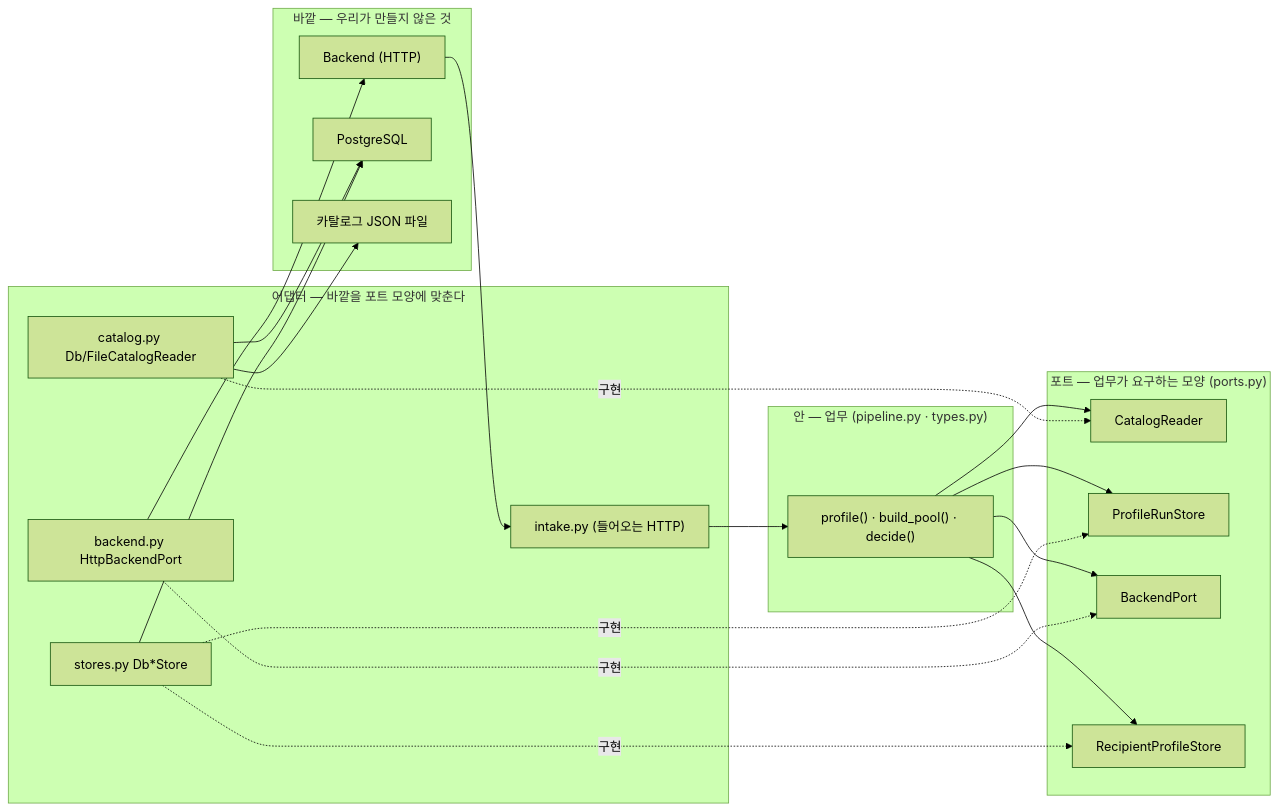
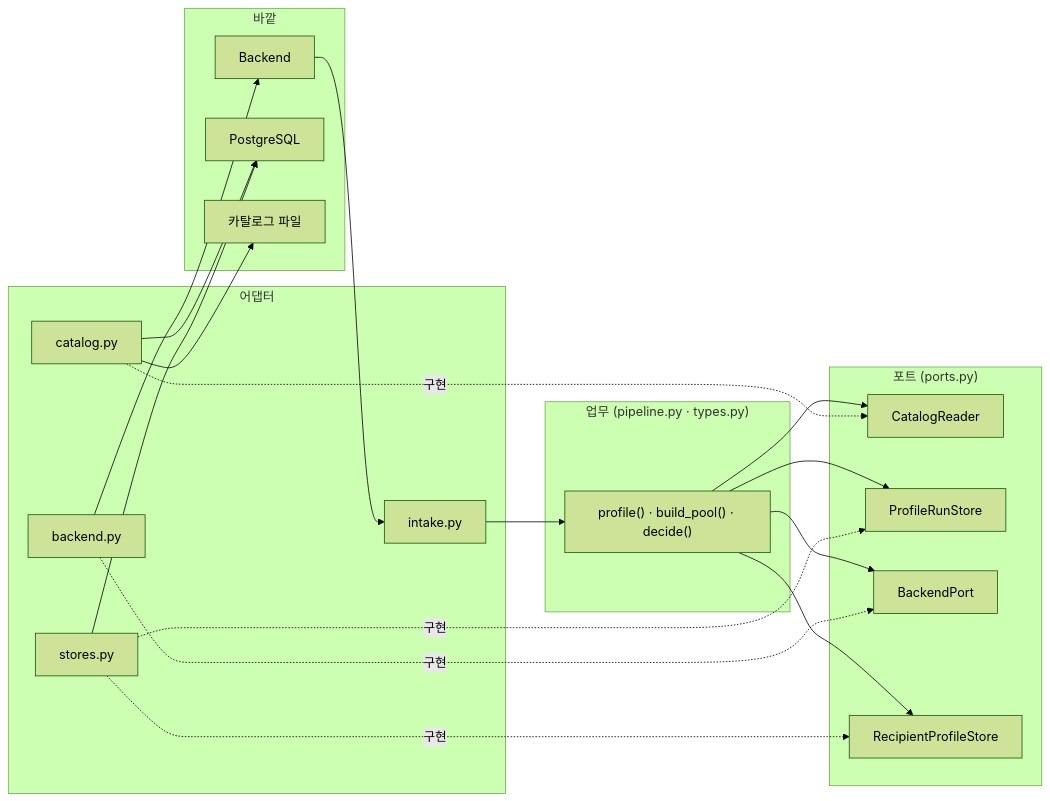
One commit to 100-hours-a-week/KTB4-12th-AI changed the first of 3 diagrams in profiling/docs/학습_가이드/02_아키텍처.md. Above: the diagram before and after it, drawn with Mermaid (forest theme). The commit also changed other lines of this file and 70 other files, not shown here.

````diff
--- a/profiling/docs/학습_가이드/02_아키텍처.md
+++ b/profiling/docs/학습_가이드/02_아키텍처.md
@@ -22,32 +22,32 @@
 ```mermaid
 flowchart LR
-  subgraph outside["바깥 — 우리가 만들지 않은 것"]
-    BE["Backend (HTTP)"]
+  subgraph outside["바깥"]
+    BE["Backend"]
     PG["PostgreSQL"]
-    FILE["카탈로그 JSON 파일"]
+    FILE["카탈로그 파일"]
   end
-  subgraph adapters["어댑터 — 바깥을 포트 모양에 맞춘다"]
-    A1["intake.py (들어오는 HTTP)"]
-    A2["backend.py HttpBackendPort"]
-    A3["stores.py Db*Store"]
-    A4["catalog.py Db/FileCatalogReader"]
+  subgraph adapters["어댑터"]
+    A1["intake.py"]
+    A2["backend.py"]
+    A3["stores.py"]
+    A4["catalog.py"]
   end
-  subgraph ports["포트 — 업무가 요구하는 모양 (ports.py)"]
+  subgraph ports["포트 (ports.py)"]
     P1["CatalogReader"]
     P2["ProfileRunStore"]
     P3["BackendPort"]
     P4["RecipientProfileStore"]
   end
-  subgraph core["안 — 업무 (pipeline.py · types.py)"]
+  subgraph core["업무 (pipeline.py · types.py)"]
     C["profile() · build_pool() · decide()"]
   end
   BE --> A1 --> C
   C --> P1 & P2 & P3 & P4
   A4 -. 구현 .-> P1
   A3 -. 구현 .-> P2
   A2 -. 구현 .-> P3
   A3 -. 구현 .-> P4
   A4 --> FILE & PG
   A3 --> PG
   A2 --> BE
 ```
````
